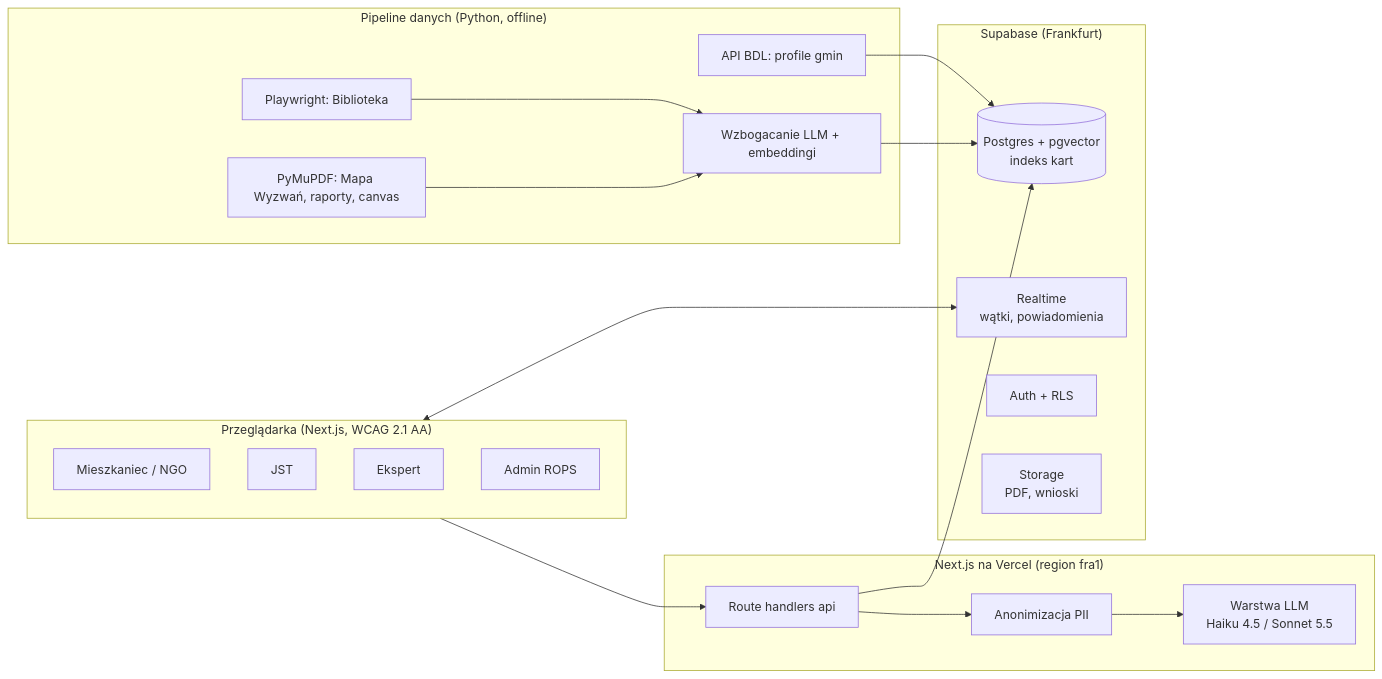
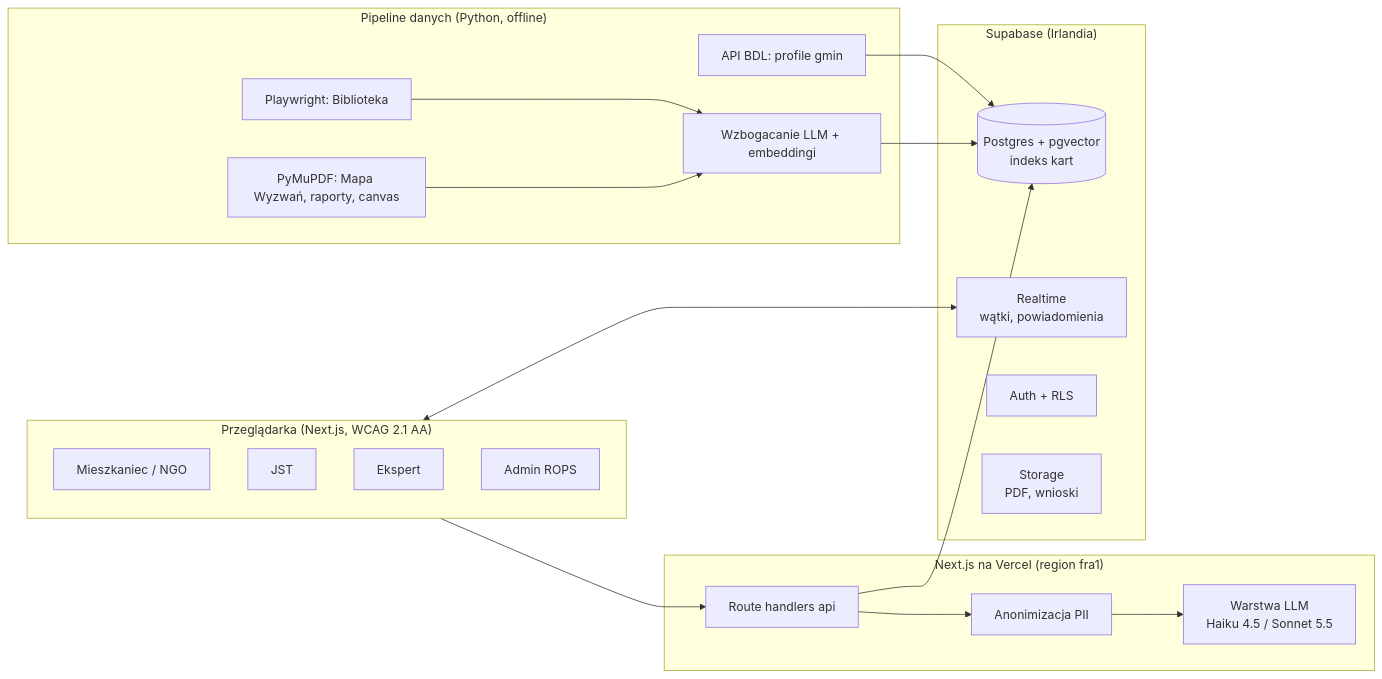
Before and after one commit to JaQubus/Spolecznik: the first of 3 diagrams in README.md, drawn with Mermaid. The commit also changed other lines of this file, not shown here.

Commit message:
README: Supabase hosted in eu-west-1 (Ireland), matching the live project

````diff
--- a/README.md
+++ b/README.md
@@ -77,34 +77,34 @@
 ```mermaid
 flowchart LR
   subgraph K["Przeglądarka (Next.js, WCAG 2.1 AA)"]
     U1[Mieszkaniec / NGO]
     U2[JST]
     U3[Ekspert]
     U4[Admin ROPS]
   end
   subgraph A["Next.js na Vercel (region fra1)"]
     API[Route handlers api]
     PII[Anonimizacja PII]
     LLM[Warstwa LLM<br/>Haiku 4.5 / Sonnet 5.5]
   end
-  subgraph D["Supabase (Frankfurt)"]
+  subgraph D["Supabase (Irlandia)"]
     PG[(Postgres + pgvector<br/>indeks kart)]
     RT[Realtime<br/>wątki, powiadomienia]
     AU[Auth + RLS]
     ST[Storage<br/>PDF, wnioski]
   end
   subgraph P["Pipeline danych (Python, offline)"]
     SC[Playwright: Biblioteka]
     PD[PyMuPDF: Mapa Wyzwań, raporty, canvas]
     BD[API BDL: profile gmin]
     EN[Wzbogacanie LLM + embeddingi]
   end
   K --> API
   API --> PII --> LLM
   API --> PG
   K <--> RT
   SC --> EN
   PD --> EN
   BD --> PG
   EN --> PG
 ```
````
